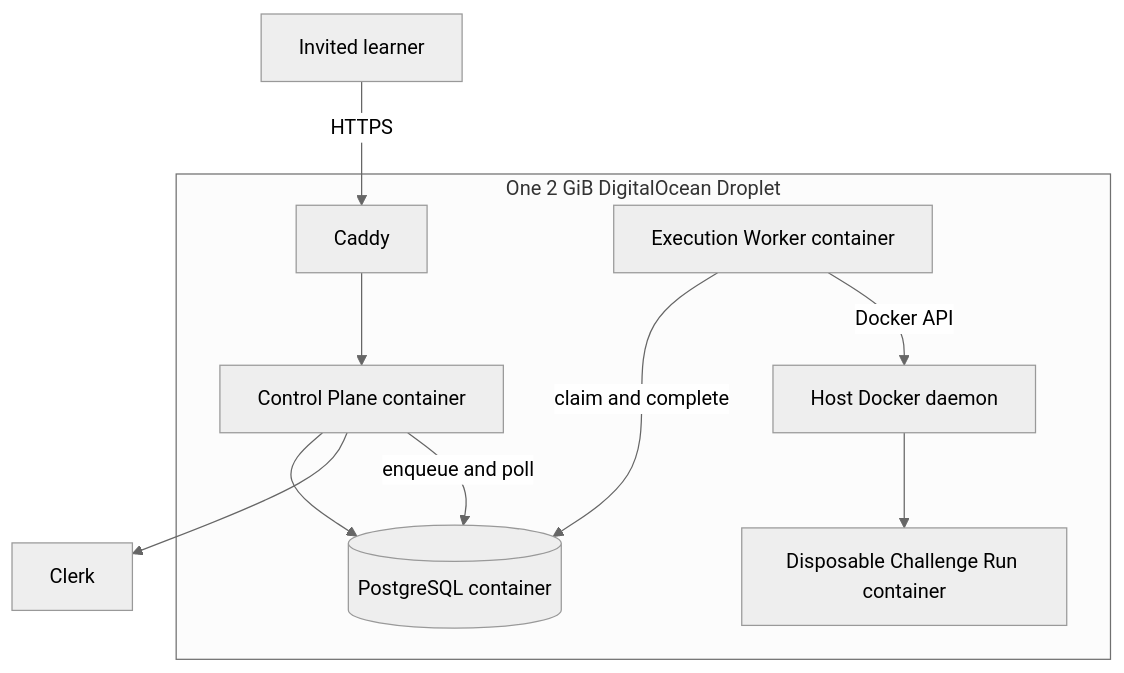
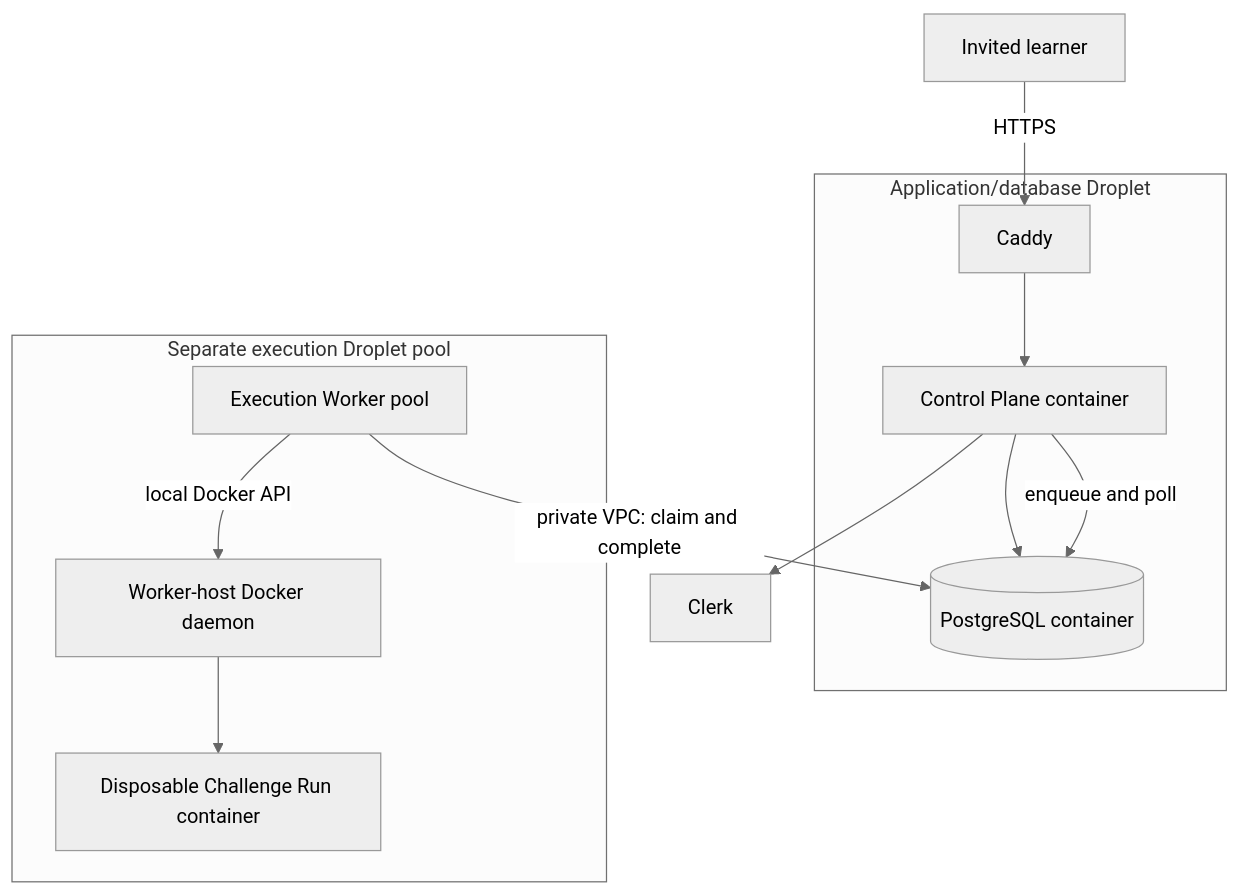
The diagram in greenline/DEPLOY_DIGITALOCEAN.md (oseni99/makeitgreen), drawn with Mermaid (neutral theme) before and after one commit. The commit also changed other lines of this file and 11 other files, not shown here.

````diff
--- a/greenline/DEPLOY_DIGITALOCEAN.md
+++ b/greenline/DEPLOY_DIGITALOCEAN.md
@@ -45,20 +86,23 @@
 ```mermaid
 flowchart TB
     U[Invited learner] -->|HTTPS| C[Caddy]
     C --> A[Control Plane container]
     A --> P[(PostgreSQL container)]
     A --> K[Clerk]
     A -->|enqueue and poll| P
-    W[Execution Worker container] -->|claim and complete| P
-    W -->|Docker API| D[Host Docker daemon]
+    W[Execution Worker pool] -->|private VPC: claim and complete| P
+    W -->|local Docker API| D[Worker-host Docker daemon]
     D --> R[Disposable Challenge Run container]
 
-    subgraph One 2 GiB DigitalOcean Droplet
+    subgraph Application/database Droplet
       C
       A
       P
+    end
+
+    subgraph Separate execution Droplet pool
       W
       D
       R
     end
 ```
````
